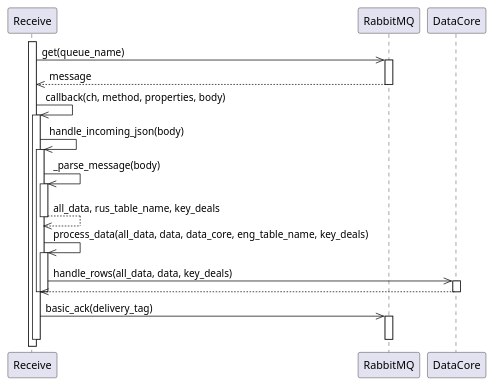
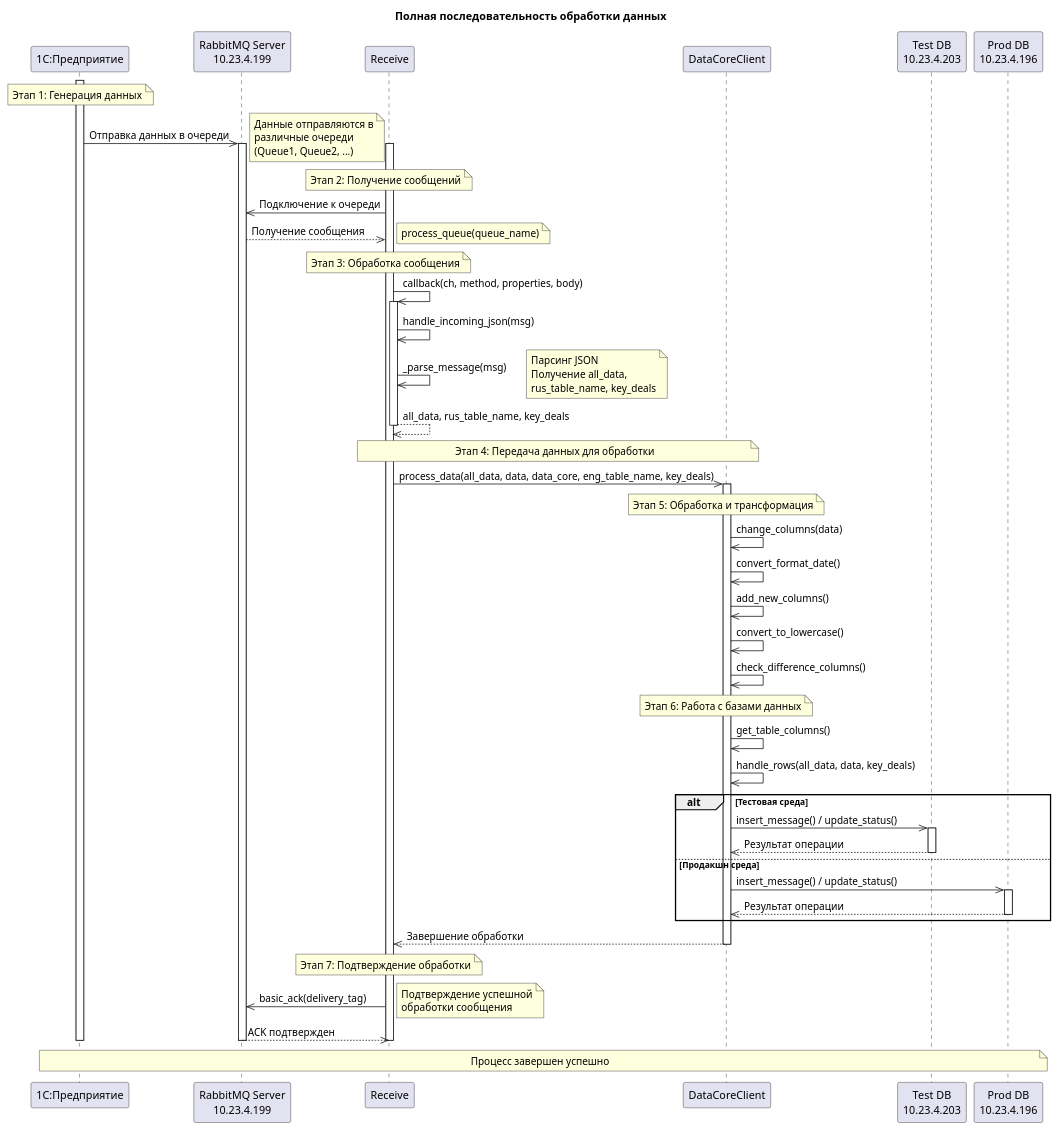
One commit to agladsoft/RabbitMQ changed the second of 3 diagrams in diagrams/rabbitmq.puml. Above: the diagram before and after it, drawn with PlantUML. The commit also changed other lines of this file and 5 other files, not shown here.

```diff
--- a/diagrams/rabbitmq.puml
+++ b/diagrams/rabbitmq.puml
@@ -42,31 +42,71 @@
 @startuml
-participant Receive as receive
-participant RabbitMQ as rabbitmq
-participant DataCore as data_core
+title "Полная последовательность обработки данных"
 
+participant "1С:Предприятие" as onec
+participant "RabbitMQ Server\n10.23.4.199" as rabbitmq
+participant "Receive" as receive
+participant "DataCoreClient" as datacore
+participant "Test DB\n10.23.4.203" as testdb
+participant "Prod DB\n10.23.4.196" as proddb
+
+note over onec: Этап 1: Генерация данных
+activate onec
+onec->>rabbitmq: Отправка данных в очереди
+note right: Данные отправляются в\nразличные очереди\n(Queue1, Queue2, ...)
+activate rabbitmq
+
+note over receive: Этап 2: Получение сообщений
 activate receive
-receive->>rabbitmq: get(queue_name)
-activate rabbitmq
-rabbitmq-->>receive: message
-deactivate rabbitmq
+receive->>rabbitmq: Подключение к очереди
+rabbitmq-->>receive: Получение сообщения
+note right: process_queue(queue_name)
+
+note over receive: Этап 3: Обработка сообщения
 receive->>receive: callback(ch, method, properties, body)
 activate receive
-receive->>receive: handle_incoming_json(body)
-activate receive
-receive->>receive: _parse_message(body)
-activate receive
+receive->>receive: handle_incoming_json(msg)
+receive->>receive: _parse_message(msg)
+note right: Парсинг JSON\nПолучение all_data,\nrus_table_name, key_deals
 receive-->>receive: all_data, rus_table_name, key_deals
 deactivate receive
-receive->>receive: process_data(all_data, data, data_core, eng_table_name, key_deals)
-activate receive
-receive->>data_core: handle_rows(all_data, data, key_deals)
-activate data_core
-data_core-->>receive:
-deactivate data_core
+
+note over receive, datacore: Этап 4: Передача данных для обработки
+receive->>datacore: process_data(all_data, data, data_core, eng_table_name, key_deals)
+activate datacore
+
+note over datacore: Этап 5: Обработка и трансформация
+datacore->>datacore: change_columns(data)
+datacore->>datacore: convert_format_date()
+datacore->>datacore: add_new_columns()
+datacore->>datacore: convert_to_lowercase()
+datacore->>datacore: check_difference_columns()
+
+note over datacore: Этап 6: Работа с базами данных
+datacore->>datacore: get_table_columns()
+datacore->>datacore: handle_rows(all_data, data, key_deals)
+
+alt Тестовая среда
+    datacore->>testdb: insert_message() / update_status()
+    activate testdb
+    testdb-->>datacore: Результат операции
+    deactivate testdb
+else Продакшн среда  
+    datacore->>proddb: insert_message() / update_status()
+    activate proddb
+    proddb-->>datacore: Результат операции
+    deactivate proddb
+end
+
+datacore-->>receive: Завершение обработки
+deactivate datacore
+
+note over receive: Этап 7: Подтверждение обработки
+receive->>rabbitmq: basic_ack(delivery_tag)
+note right: Подтверждение успешной\nобработки сообщения
+rabbitmq-->>receive: ACK подтвержден
 deactivate receive
-deactivate receive
-receive->>rabbitmq: basic_ack(delivery_tag)
-activate rabbitmq
 deactivate rabbitmq
-deactivate receive
+deactivate onec
+
+note over onec, proddb: Процесс завершен успешно
 @enduml
```
